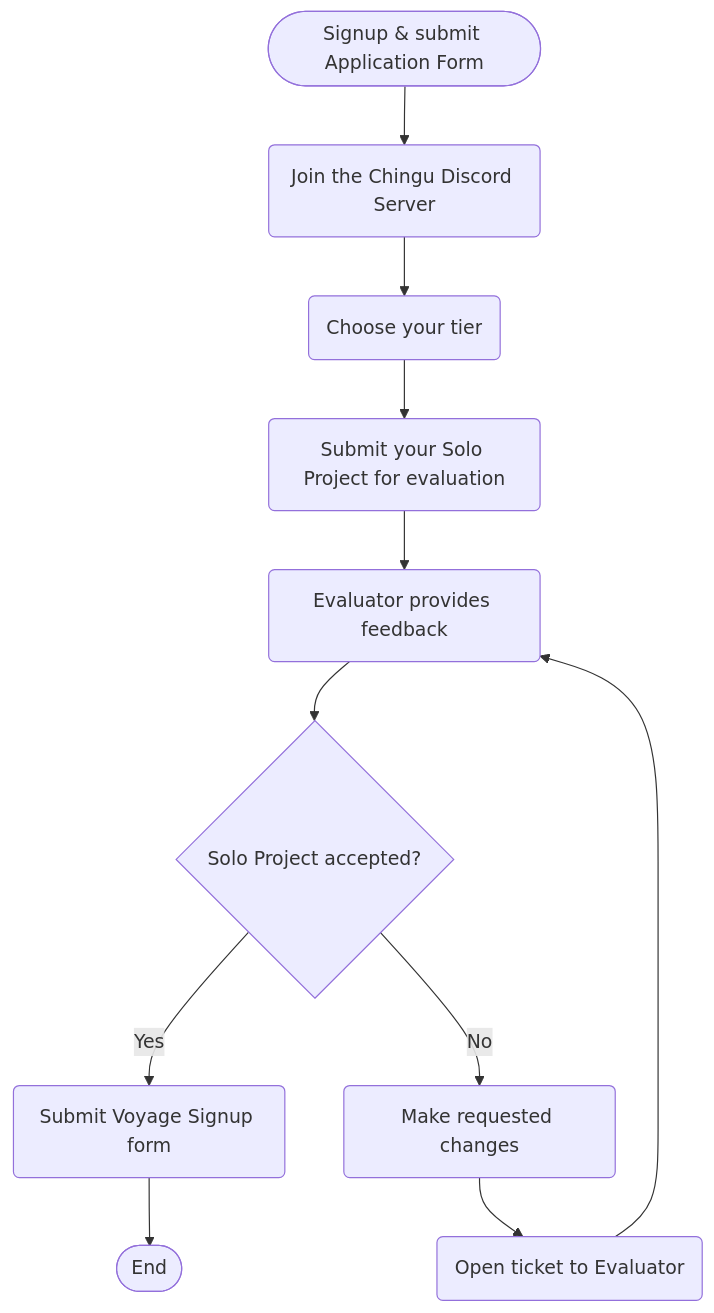
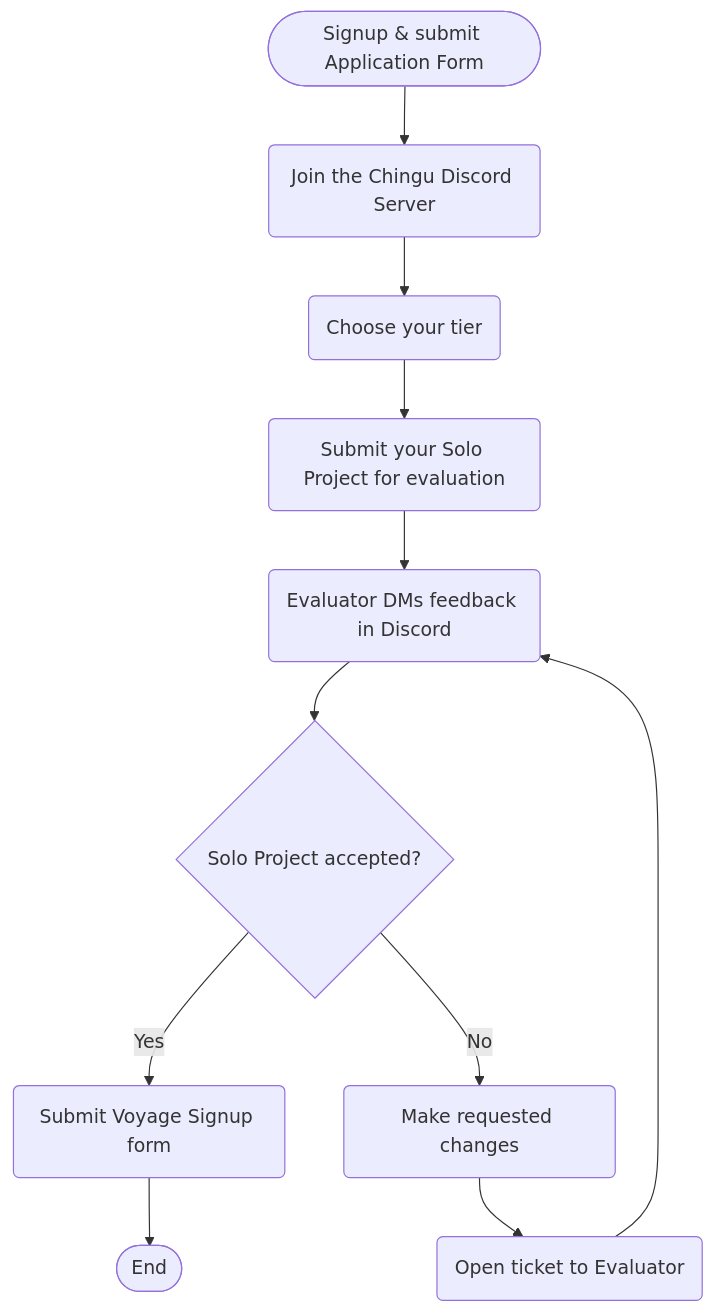
The first of 2 diagrams in README.md (chingu-voyages/Handbook), drawn with Mermaid before and after one commit.

Commit message:
Feature: Add onboarding flowchart

````diff
--- a/README.md
+++ b/README.md
@@ -50,13 +50,13 @@
 ```mermaid
 flowchart TB
    A(["Signup & submit Application Form"]) --> B(Join the Chingu Discord Server);
    B --> C(Choose your tier);
    C --> D(Submit your Solo Project for evaluation);
-   D --> E(Evaluator provides feedback);
+   D --> E(Evaluator DMs feedback in Discord);
    E --> F{Solo Project accepted?};
    F -- Yes --> G(Submit Voyage Signup form);
    F -- No --> H(Make requested changes);
    H --> I(Open ticket to Evaluator);
    I --> E;
    G --> Z([End]);
 ```
````
